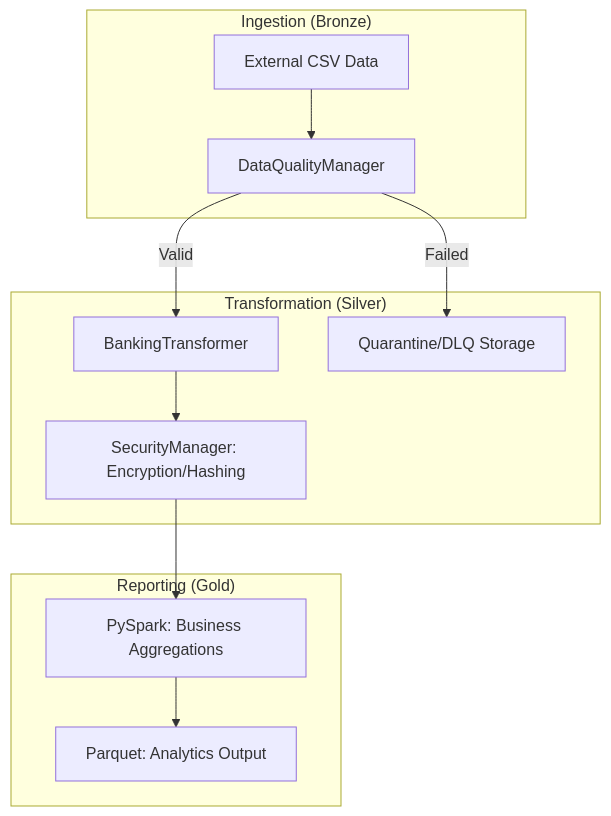
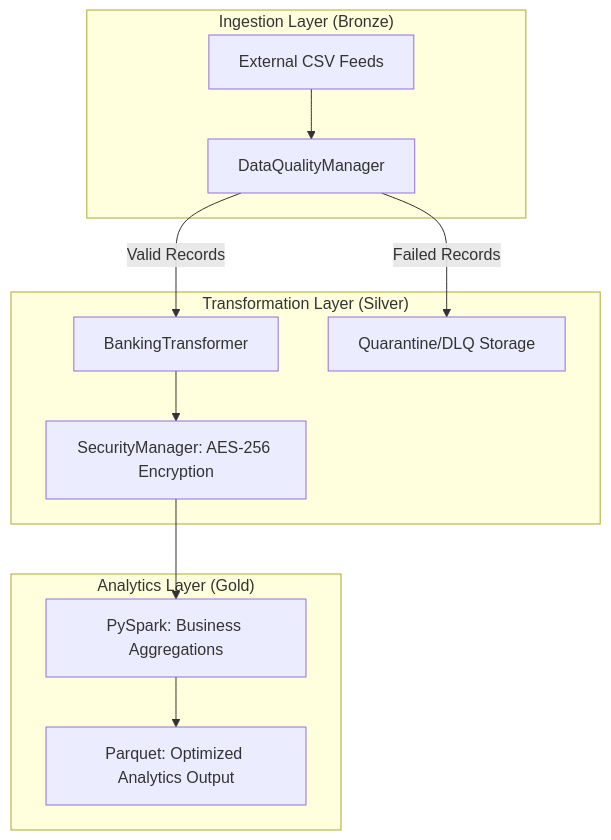
The diagram in README.md (vaskiax/banking-migration-mock), drawn with Mermaid before and after one commit. The commit also changed other lines of this file, not shown here.

Commit message:
docs: expand README with executive summary, architectural pillars, and module matrix, and detail GCP deployment, removing badges and consolidating testing/governance sections.

````diff
--- a/README.md
+++ b/README.md
@@ -13,17 +34,17 @@
 ```mermaid
 graph TD
-    subgraph "Ingestion (Bronze)"
-        A[External CSV Data] --> B[DataQualityManager]
+    subgraph "Ingestion Layer (Bronze)"
+        A[External CSV Feeds] --> B[DataQualityManager]
     end
     
-    subgraph "Transformation (Silver)"
-        B -- Valid --> C[BankingTransformer]
-        B -- Failed --> Q[Quarantine/DLQ Storage]
-        C --> D[SecurityManager: Encryption/Hashing]
+    subgraph "Transformation Layer (Silver)"
+        B -- "Valid Records" --> C[BankingTransformer]
+        B -- "Failed Records" --> Q[Quarantine/DLQ Storage]
+        C --> D[SecurityManager: AES-256 Encryption]
     end
     
-    subgraph "Reporting (Gold)"
+    subgraph "Analytics Layer (Gold)"
         D --> E[PySpark: Business Aggregations]
-        E --> F[Parquet: Analytics Output]
+        E --> F[Parquet: Optimized Analytics Output]
     end
 ```
````
